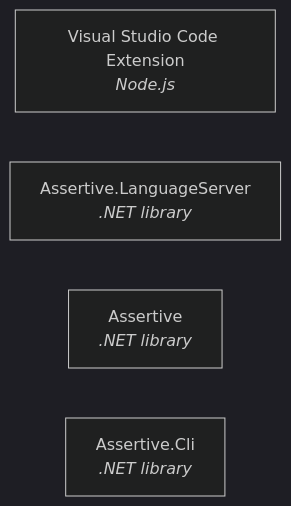
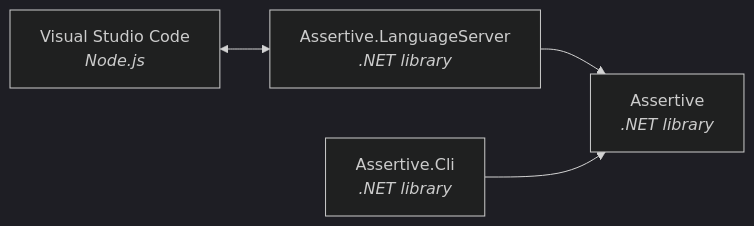
The diagram in Technology.md (Jokelab/Assertive.Docs), drawn with Mermaid (dark theme) before and after one commit.

````diff
--- a/Technology.md
+++ b/Technology.md
@@ -9,14 +9,20 @@
 ```mermaid
-flowchart LR
- IDE["`Visual Studio Code Extension
+graph LR
+ IDE["`Visual Studio Code
  _Node.js_`"]
 
 Assertive.LanguageServer["`Assertive.LanguageServer
 _.NET library_`"]
+
 
 Assertive["`Assertive
 _.NET library_`"]
 
 Assertive.Cli["`Assertive.Cli
 _.NET library_`"]
+
+
+IDE <--> Assertive.LanguageServer
+Assertive.LanguageServer --> Assertive
+Assertive.Cli --> Assertive
 ```
````
